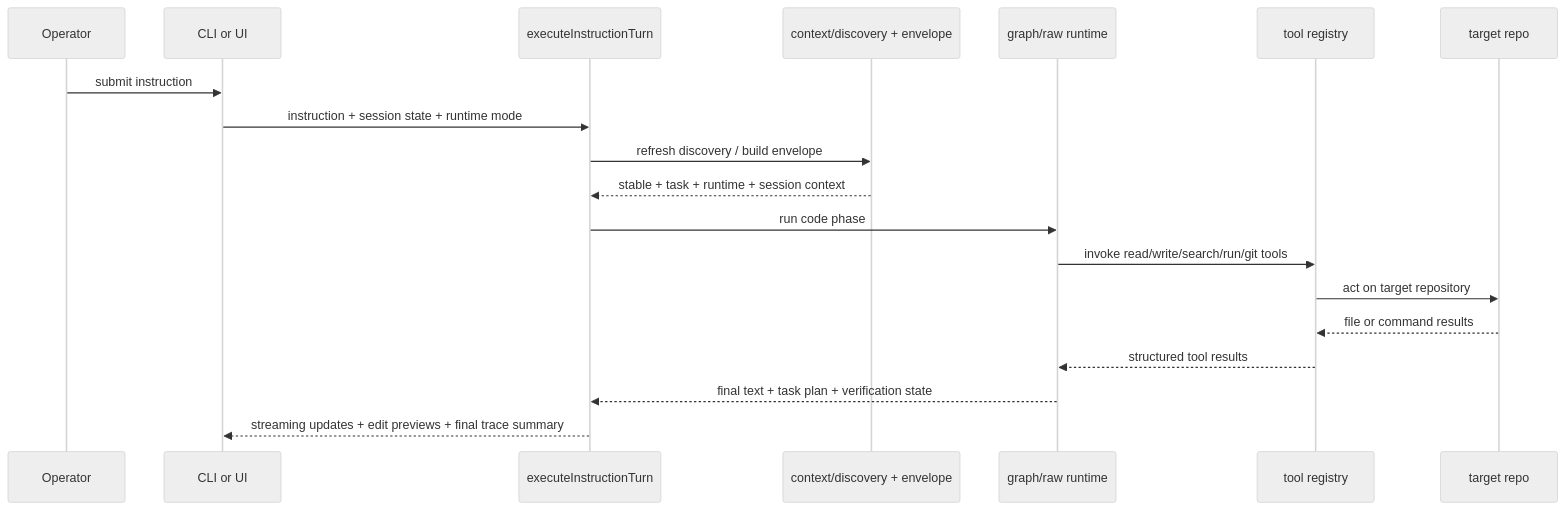
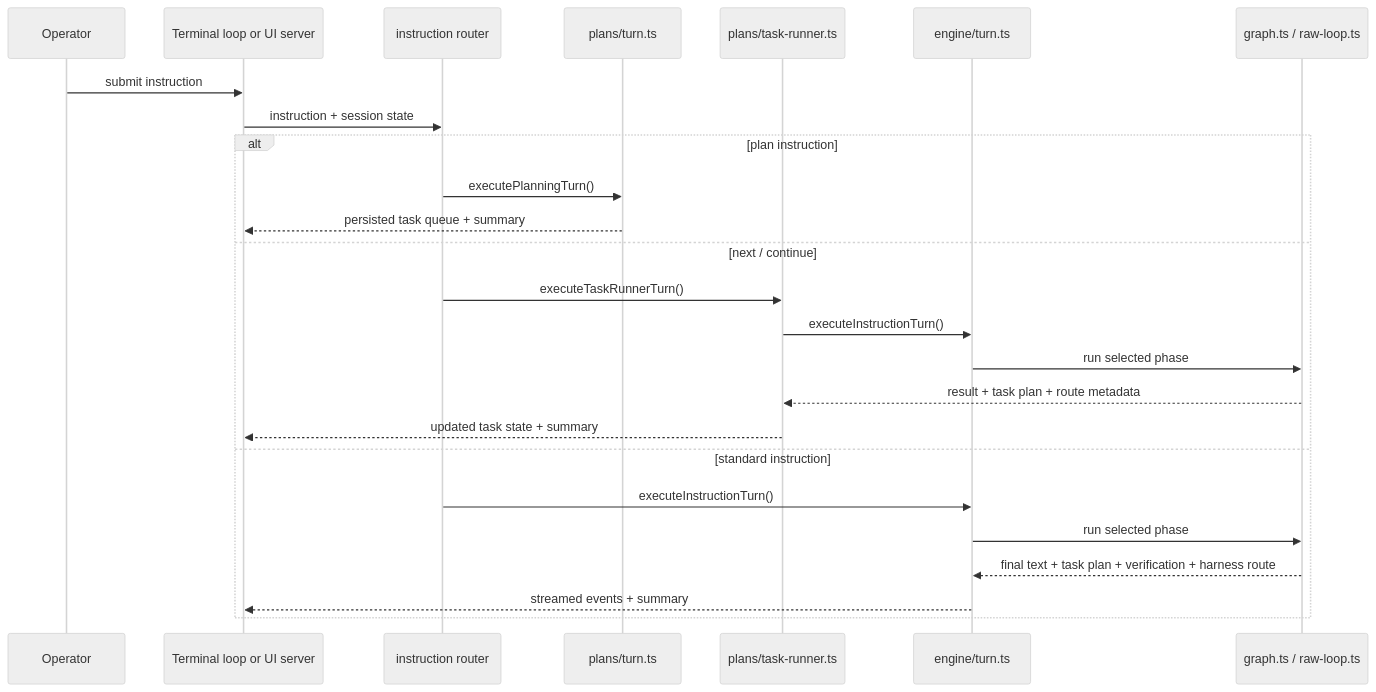
One commit to thisisyoussef/shipyard changed the second of 4 diagrams in shipyard/docs/architecture/README.md. Above: the diagram before and after it, drawn with Mermaid (neutral theme). The commit also changed other lines of this file and 21 other files, not shown here.

First line of the commit message:
docs: refresh runtime architecture guides

````diff
--- a/shipyard/docs/architecture/README.md
+++ b/shipyard/docs/architecture/README.md
@@ -61,22 +74,28 @@
 ```mermaid
 sequenceDiagram
   participant Operator
-  participant Entry as CLI or UI
-  participant Turn as executeInstructionTurn
-  participant Context as context/discovery + envelope
-  participant Runtime as graph/raw runtime
-  participant Tools as tool registry
-  participant Target as target repo
+  participant Entry as Terminal loop or UI server
+  participant Router as instruction router
+  participant Plan as plans/turn.ts
+  participant Task as plans/task-runner.ts
+  participant Turn as engine/turn.ts
+  participant Runtime as graph.ts / raw-loop.ts
 
   Operator->>Entry: submit instruction
-  Entry->>Turn: instruction + session state + runtime mode
-  Turn->>Context: refresh discovery / build envelope
-  Context-->>Turn: stable + task + runtime + session context
-  Turn->>Runtime: run code phase
-  Runtime->>Tools: invoke read/write/search/run/git tools
-  Tools->>Target: act on target repository
-  Target-->>Tools: file or command results
-  Tools-->>Runtime: structured tool results
-  Runtime-->>Turn: final text + task plan + verification state
-  Turn-->>Entry: streaming updates + edit previews + final trace summary
+  Entry->>Router: instruction + session state
+  alt plan instruction
+    Router->>Plan: executePlanningTurn()
+    Plan-->>Entry: persisted task queue + summary
+  else next / continue
+    Router->>Task: executeTaskRunnerTurn()
+    Task->>Turn: executeInstructionTurn()
+    Turn->>Runtime: run selected phase
+    Runtime-->>Task: result + task plan + route metadata
+    Task-->>Entry: updated task state + summary
+  else standard instruction
+    Router->>Turn: executeInstructionTurn()
+    Turn->>Runtime: run selected phase
+    Runtime-->>Turn: final text + task plan + verification + harness route
+    Turn-->>Entry: streamed events + summary
+  end
 ```
````
